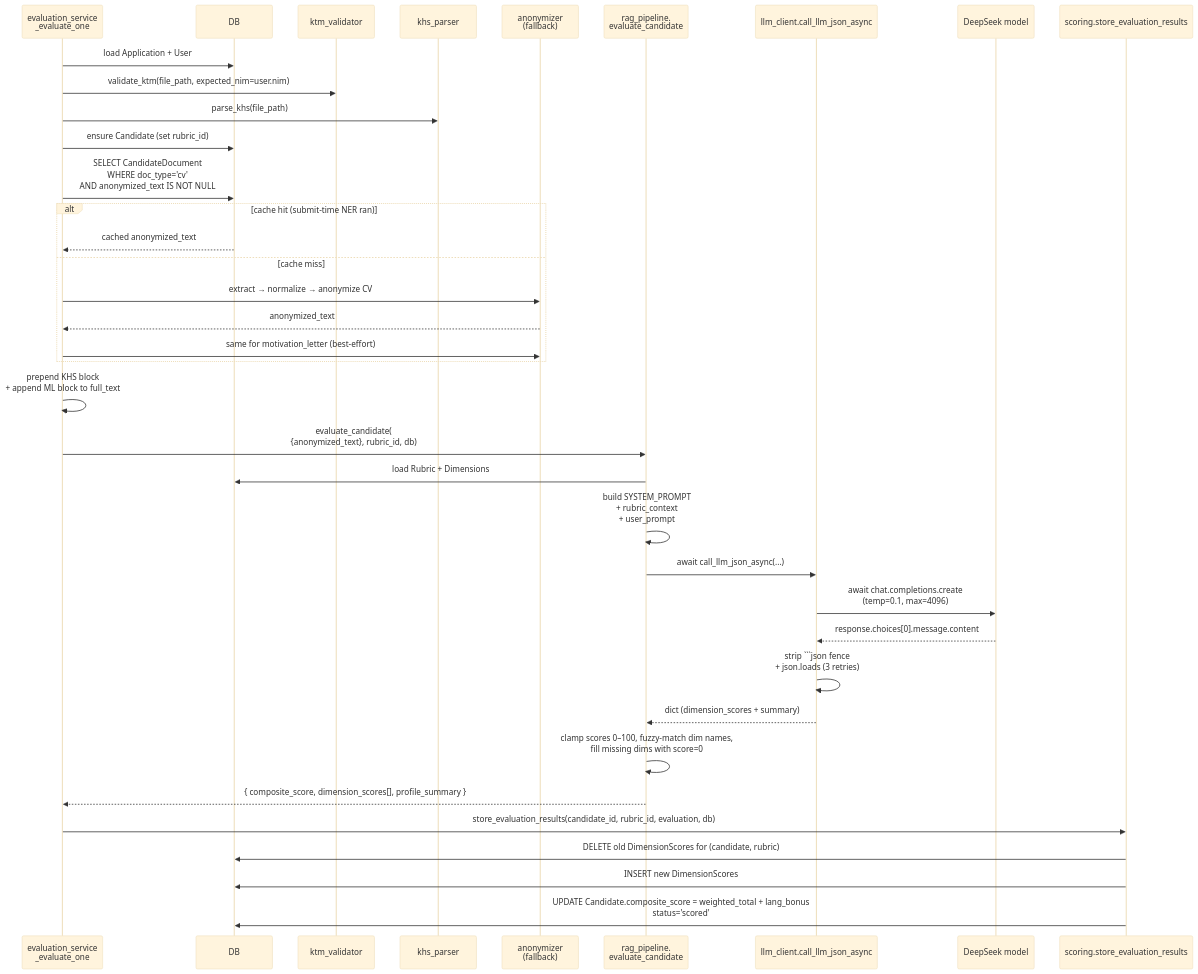
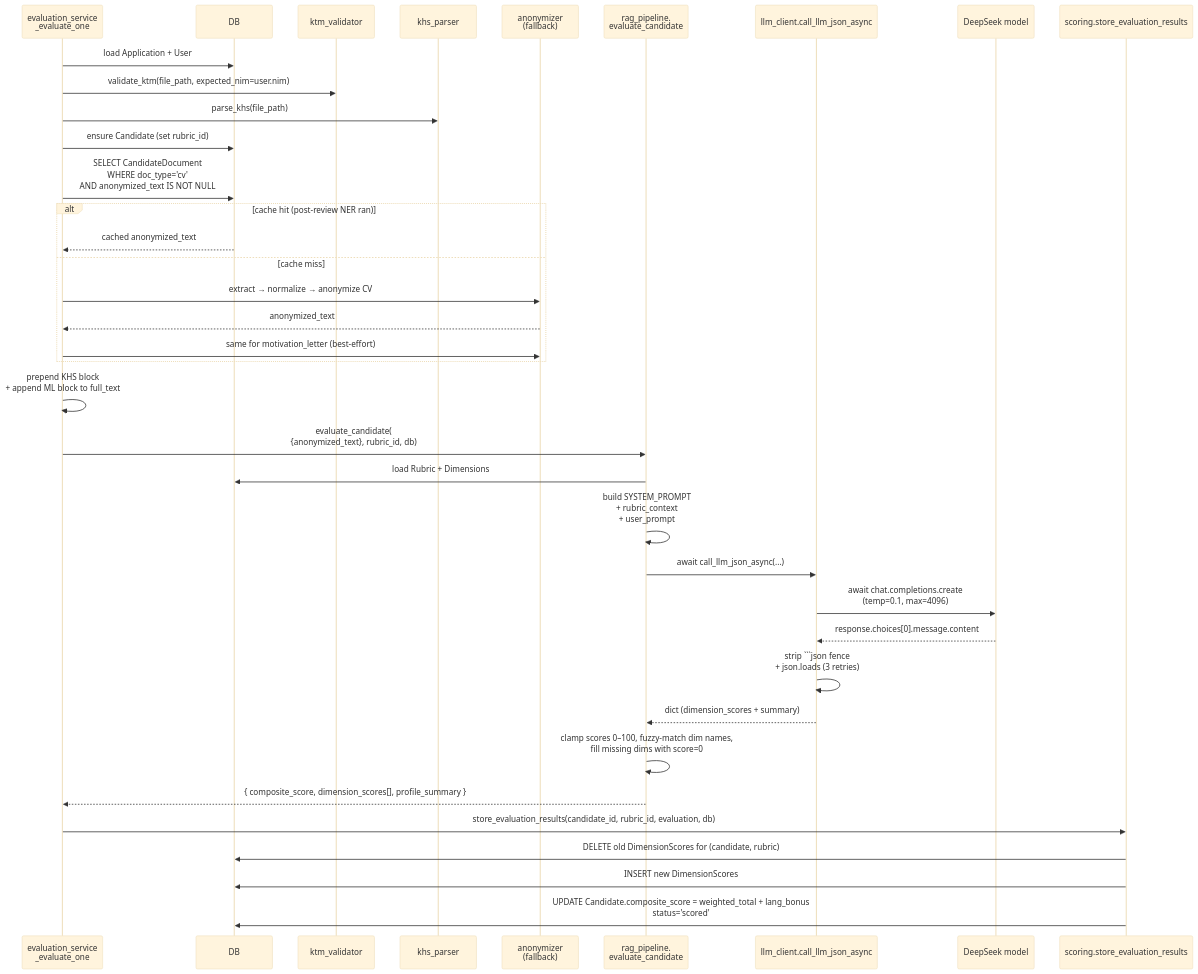
The eighth of 12 diagrams in docs/FLOW_DIAGRAMS.md (istgrudd/screenai-lab), drawn with Mermaid (base theme) before and after one commit. The commit also changed other lines of this file and 11 other files, not shown here.

````diff
--- a/docs/FLOW_DIAGRAMS.md
+++ b/docs/FLOW_DIAGRAMS.md
@@ -326,40 +328,40 @@
 ```mermaid
 sequenceDiagram
     participant ES as evaluation_service<br/>_evaluate_one
     participant DB as DB
     participant KTM as ktm_validator
     participant KHS as khs_parser
     participant ANO as anonymizer<br/>(fallback)
     participant RAG as rag_pipeline.<br/>evaluate_candidate
     participant LLM as llm_client.call_llm_json_async
     participant DS as DeepSeek model
     participant SC as scoring.store_evaluation_results
 
     ES->>DB: load Application + User
     ES->>KTM: validate_ktm(file_path, expected_nim=user.nim)
     ES->>KHS: parse_khs(file_path)
     ES->>DB: ensure Candidate (set rubric_id)
     ES->>DB: SELECT CandidateDocument<br/>WHERE doc_type='cv'<br/>AND anonymized_text IS NOT NULL
-    alt cache hit (submit-time NER ran)
+    alt cache hit (post-review NER ran)
         DB-->>ES: cached anonymized_text
     else cache miss
         ES->>ANO: extract → normalize → anonymize CV
         ANO-->>ES: anonymized_text
         ES->>ANO: same for motivation_letter (best-effort)
     end
     ES->>ES: prepend KHS block<br/>+ append ML block to full_text
     ES->>RAG: evaluate_candidate(<br/>{anonymized_text}, rubric_id, db)
     RAG->>DB: load Rubric + Dimensions
     RAG->>RAG: build SYSTEM_PROMPT<br/>+ rubric_context<br/>+ user_prompt
     RAG->>LLM: await call_llm_json_async(...)
     LLM->>DS: await chat.completions.create<br/>(temp=0.1, max=4096)
     DS-->>LLM: response.choices[0].message.content
     LLM->>LLM: strip ```json fence<br/>+ json.loads (3 retries)
     LLM-->>RAG: dict (dimension_scores + summary)
     RAG->>RAG: clamp scores 0–100, fuzzy-match dim names,<br/>fill missing dims with score=0
     RAG-->>ES: { composite_score, dimension_scores[], profile_summary }
     ES->>SC: store_evaluation_results(candidate_id, rubric_id, evaluation, db)
     SC->>DB: DELETE old DimensionScores for (candidate, rubric)
     SC->>DB: INSERT new DimensionScores
     SC->>DB: UPDATE Candidate.composite_score = weighted_total + lang_bonus<br/>status='scored'
 ```
````
